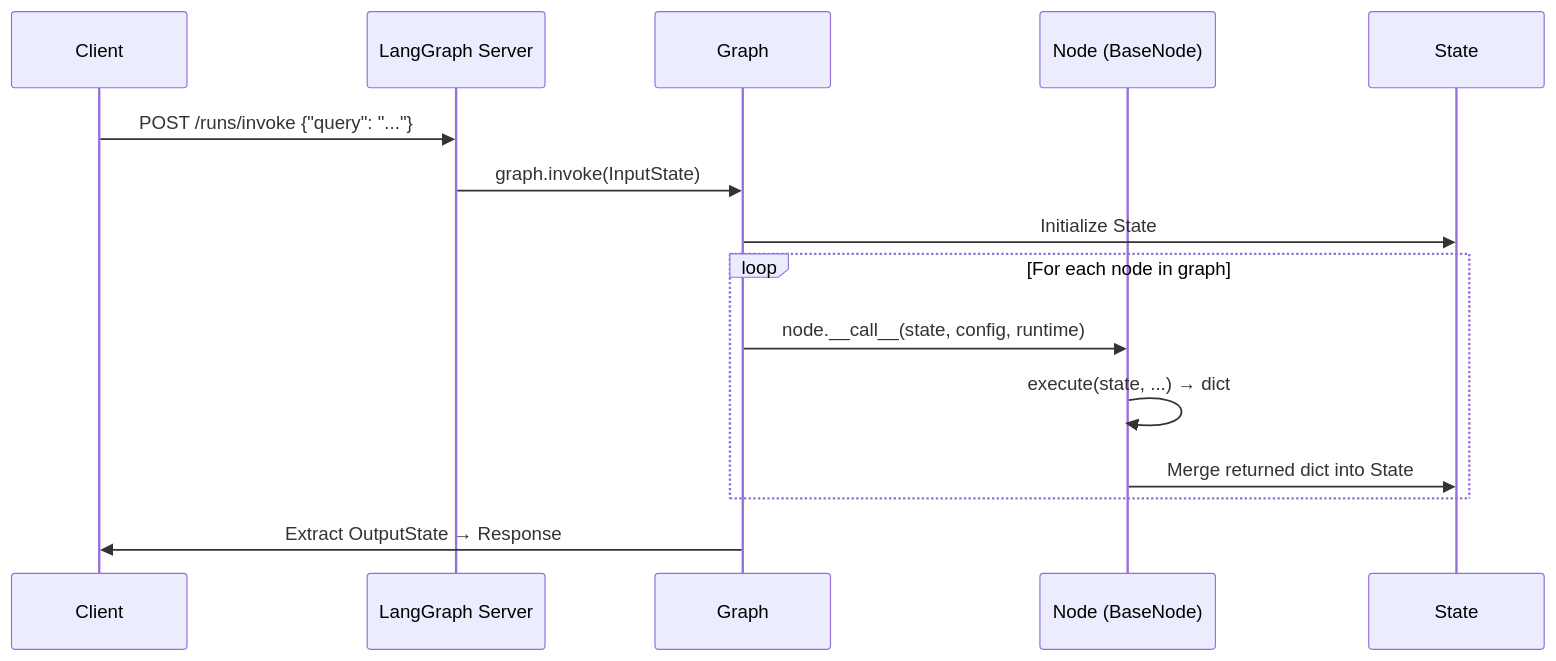
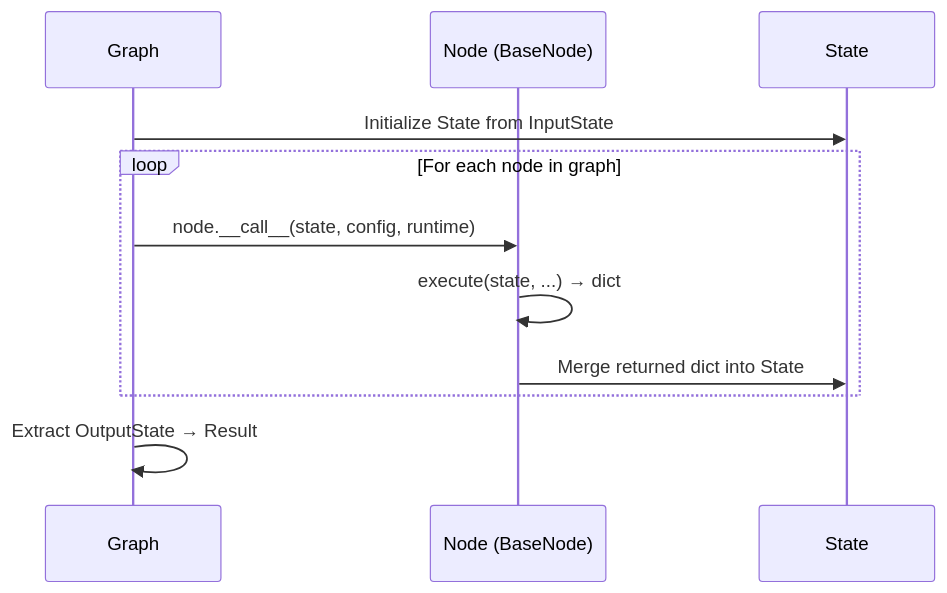
The second of 3 diagrams in README.md (Proact0/act-operator), drawn with Mermaid before and after one commit. The commit also changed 1 other file, not shown here.

Commit message:
docs: update sequence diagram in README to clarify state initialization and output extraction

````diff
--- a/README.md
+++ b/README.md
@@ -208,18 +208,14 @@
 ```mermaid
 sequenceDiagram
-    participant C as Client
-    participant LS as LangGraph Server
     participant G as Graph
     participant N as Node (BaseNode)
     participant St as State
 
-    C->>LS: POST /runs/invoke {"query": "..."}
-    LS->>G: graph.invoke(InputState)
-    G->>St: Initialize State
+    G->>St: Initialize State from InputState
     loop For each node in graph
         G->>N: node.__call__(state, config, runtime)
         N->>N: execute(state, ...) → dict
         N->>St: Merge returned dict into State
     end
-    G->>C: Extract OutputState → Response
+    G->>G: Extract OutputState → Result
 ```
````
